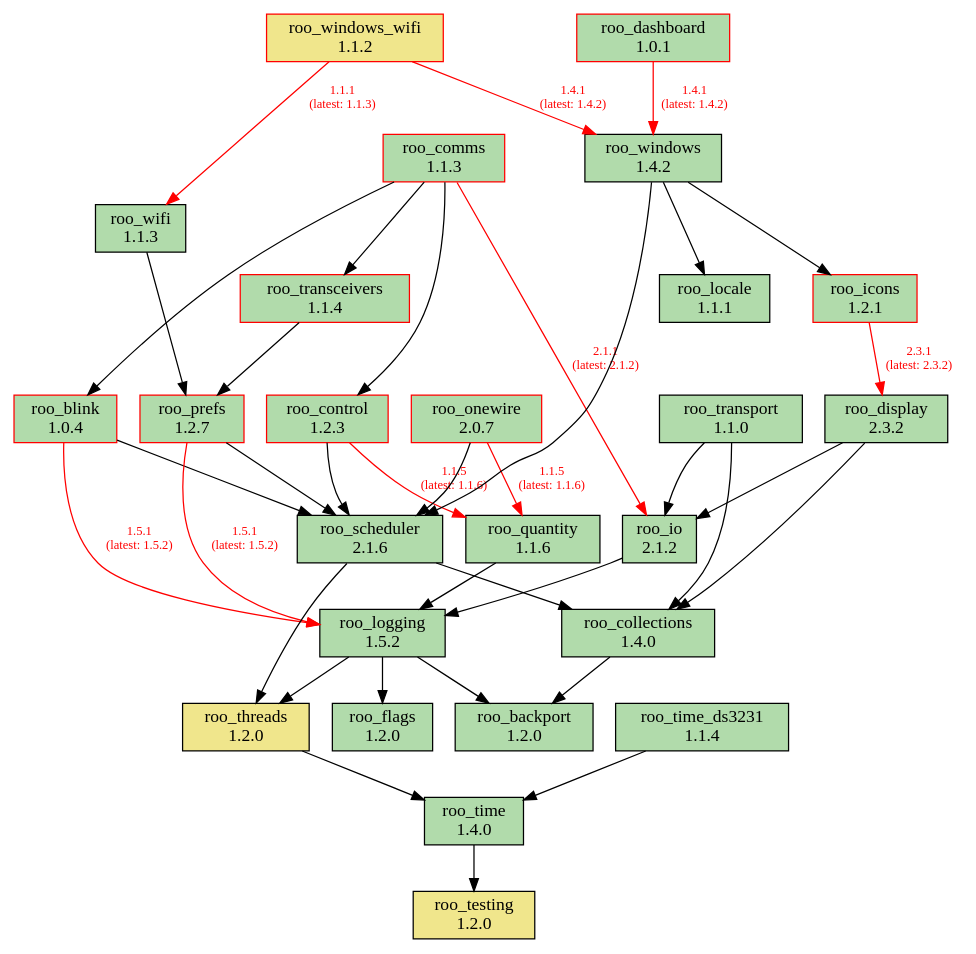
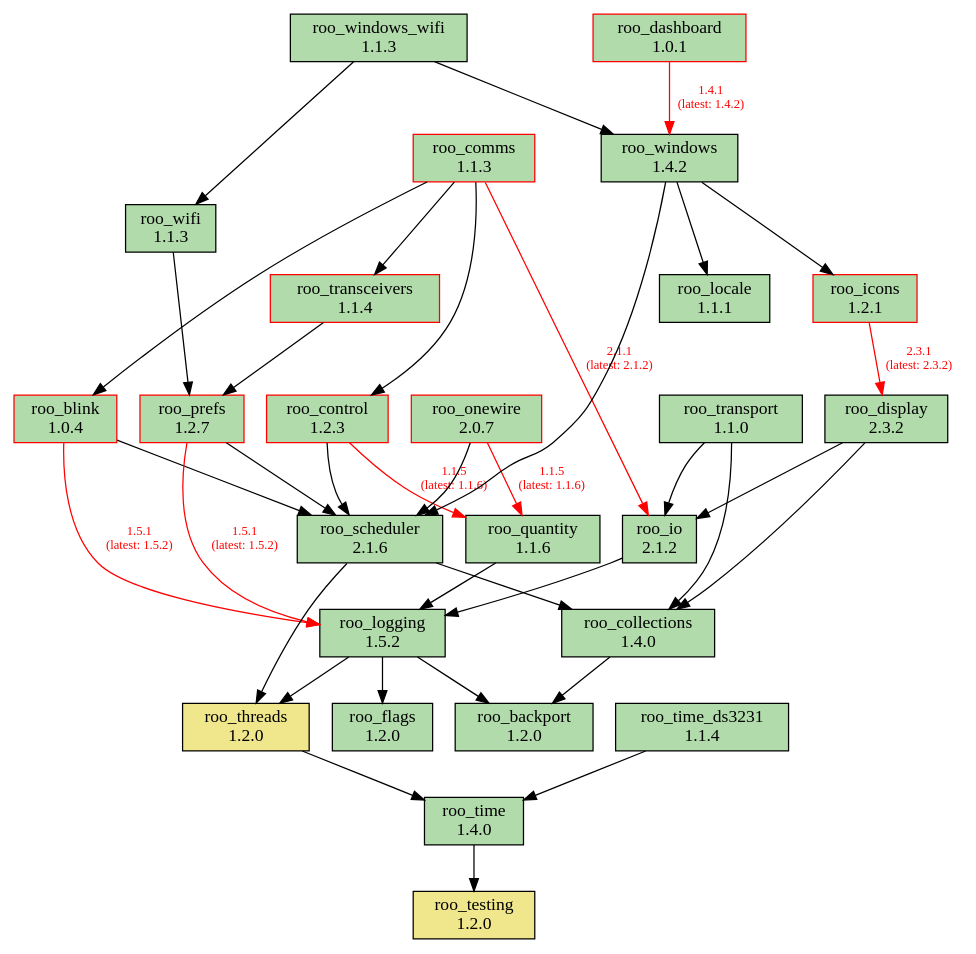
The diagram in doc/dependencies.dot (dejwk/roo-registry), drawn with Graphviz before and after one commit. The commit also changed 3 other files, not shown here.

Commit message:
Added roo_windows_wifi 1.1.3 to the registry.

```diff
--- a/doc/dependencies.dot
+++ b/doc/dependencies.dot
@@ -1,70 +1,70 @@
 digraph dependencies {
     rankdir=TB;
     node [shape=box, style=filled];
     edge [fontsize=10];
 
     // Modules
     "roo_backport" [label="roo_backport\n1.2.0", fillcolor="#b1dbab", color="black"];
     "roo_blink" [label="roo_blink\n1.0.4", fillcolor="#b1dbab", color="red"];
     "roo_collections" [label="roo_collections\n1.4.0", fillcolor="#b1dbab", color="black"];
     "roo_comms" [label="roo_comms\n1.1.3", fillcolor="#b1dbab", color="red"];
     "roo_control" [label="roo_control\n1.2.3", fillcolor="#b1dbab", color="red"];
     "roo_dashboard" [label="roo_dashboard\n1.0.1", fillcolor="#b1dbab", color="red"];
     "roo_display" [label="roo_display\n2.3.2", fillcolor="#b1dbab", color="black"];
     "roo_flags" [label="roo_flags\n1.2.0", fillcolor="#b1dbab", color="black"];
     "roo_icons" [label="roo_icons\n1.2.1", fillcolor="#b1dbab", color="red"];
     "roo_io" [label="roo_io\n2.1.2", fillcolor="#b1dbab", color="black"];
     "roo_locale" [label="roo_locale\n1.1.1", fillcolor="#b1dbab", color="black"];
     "roo_logging" [label="roo_logging\n1.5.2", fillcolor="#b1dbab", color="black"];
     "roo_onewire" [label="roo_onewire\n2.0.7", fillcolor="#b1dbab", color="red"];
     "roo_prefs" [label="roo_prefs\n1.2.7", fillcolor="#b1dbab", color="red"];
     "roo_quantity" [label="roo_quantity\n1.1.6", fillcolor="#b1dbab", color="black"];
     "roo_scheduler" [label="roo_scheduler\n2.1.6", fillcolor="#b1dbab", color="black"];
     "roo_testing" [label="roo_testing\n1.2.0", fillcolor="khaki", color="black"];
     "roo_threads" [label="roo_threads\n1.2.0", fillcolor="khaki", color="black"];
     "roo_time" [label="roo_time\n1.4.0", fillcolor="#b1dbab", color="black"];
     "roo_time_ds3231" [label="roo_time_ds3231\n1.1.4", fillcolor="#b1dbab", color="black"];
     "roo_transceivers" [label="roo_transceivers\n1.1.4", fillcolor="#b1dbab", color="red"];
     "roo_transport" [label="roo_transport\n1.1.0", fillcolor="#b1dbab", color="black"];
     "roo_wifi" [label="roo_wifi\n1.1.3", fillcolor="#b1dbab", color="black"];
     "roo_windows" [label="roo_windows\n1.4.2", fillcolor="#b1dbab", color="black"];
-    "roo_windows_wifi" [label="roo_windows_wifi\n1.1.2", fillcolor="khaki", color="red"];
+    "roo_windows_wifi" [label="roo_windows_wifi\n1.1.3", fillcolor="#b1dbab", color="black"];
 
     // Dependencies
     "roo_blink" -> "roo_logging" [color=red, fontcolor=red, label="1.5.1\n(latest: 1.5.2)"];
     "roo_blink" -> "roo_scheduler";
     "roo_collections" -> "roo_backport";
     "roo_comms" -> "roo_blink";
     "roo_comms" -> "roo_control";
     "roo_comms" -> "roo_io" [color=red, fontcolor=red, label="2.1.1\n(latest: 2.1.2)"];
     "roo_comms" -> "roo_transceivers";
     "roo_control" -> "roo_quantity" [color=red, fontcolor=red, label="1.1.5\n(latest: 1.1.6)"];
     "roo_control" -> "roo_scheduler";
     "roo_dashboard" -> "roo_windows" [color=red, fontcolor=red, label="1.4.1\n(latest: 1.4.2)"];
     "roo_display" -> "roo_collections";
     "roo_display" -> "roo_io";
     "roo_icons" -> "roo_display" [color=red, fontcolor=red, label="2.3.1\n(latest: 2.3.2)"];
     "roo_io" -> "roo_logging";
     "roo_logging" -> "roo_backport";
     "roo_logging" -> "roo_flags";
     "roo_logging" -> "roo_threads";
     "roo_onewire" -> "roo_scheduler";
     "roo_onewire" -> "roo_quantity" [color=red, fontcolor=red, label="1.1.5\n(latest: 1.1.6)"];
     "roo_prefs" -> "roo_logging" [color=red, fontcolor=red, label="1.5.1\n(latest: 1.5.2)"];
     "roo_prefs" -> "roo_scheduler";
     "roo_quantity" -> "roo_logging";
     "roo_scheduler" -> "roo_collections";
     "roo_scheduler" -> "roo_threads";
     "roo_threads" -> "roo_time";
     "roo_time" -> "roo_testing";
     "roo_time_ds3231" -> "roo_time";
     "roo_transceivers" -> "roo_prefs";
     "roo_transport" -> "roo_collections";
     "roo_transport" -> "roo_io";
     "roo_wifi" -> "roo_prefs";
     "roo_windows" -> "roo_locale";
     "roo_windows" -> "roo_icons";
     "roo_windows" -> "roo_scheduler";
-    "roo_windows_wifi" -> "roo_wifi" [color=red, fontcolor=red, label="1.1.1\n(latest: 1.1.3)"];
-    "roo_windows_wifi" -> "roo_windows" [color=red, fontcolor=red, label="1.4.1\n(latest: 1.4.2)"];
+    "roo_windows_wifi" -> "roo_wifi";
+    "roo_windows_wifi" -> "roo_windows";
 }
```
